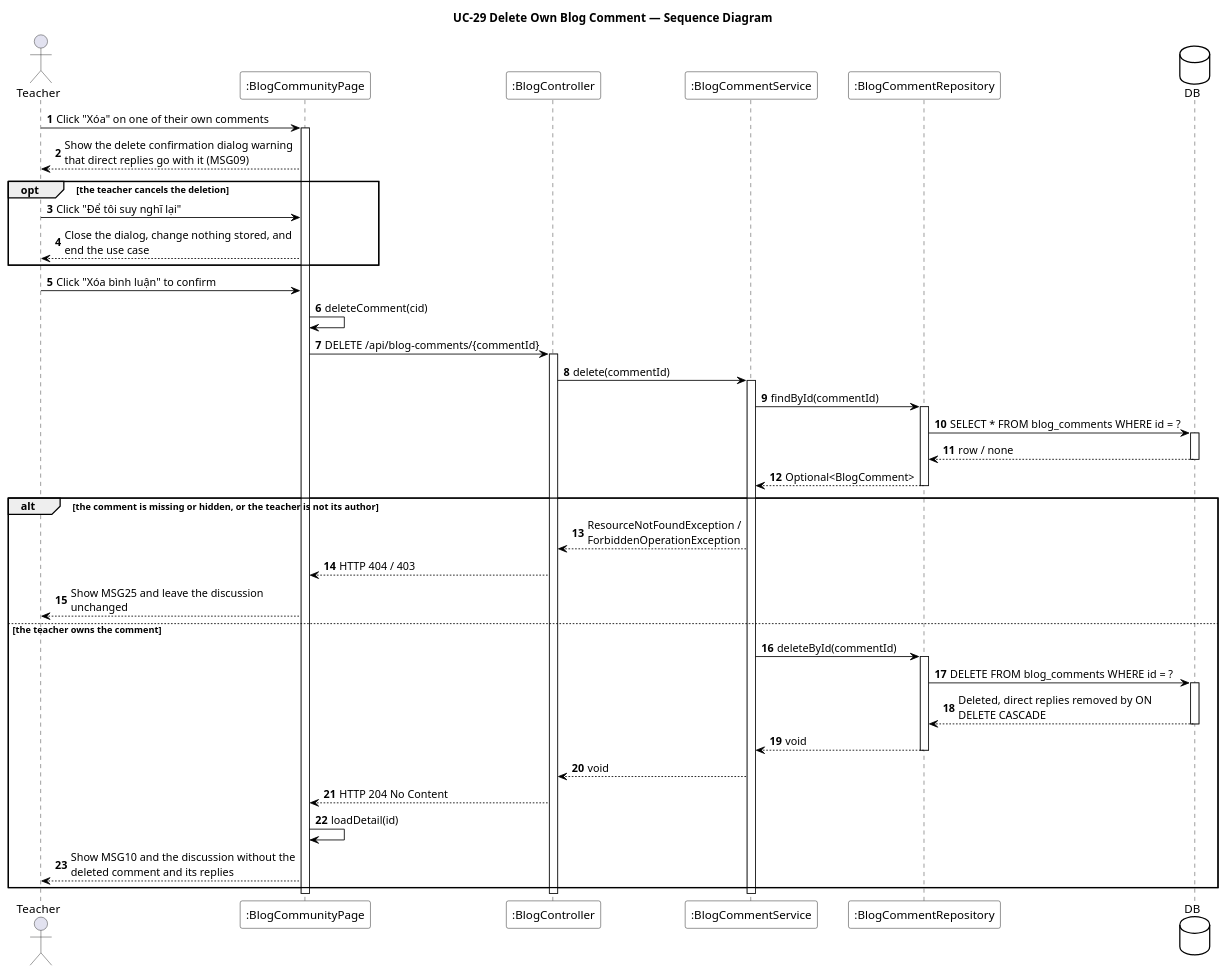
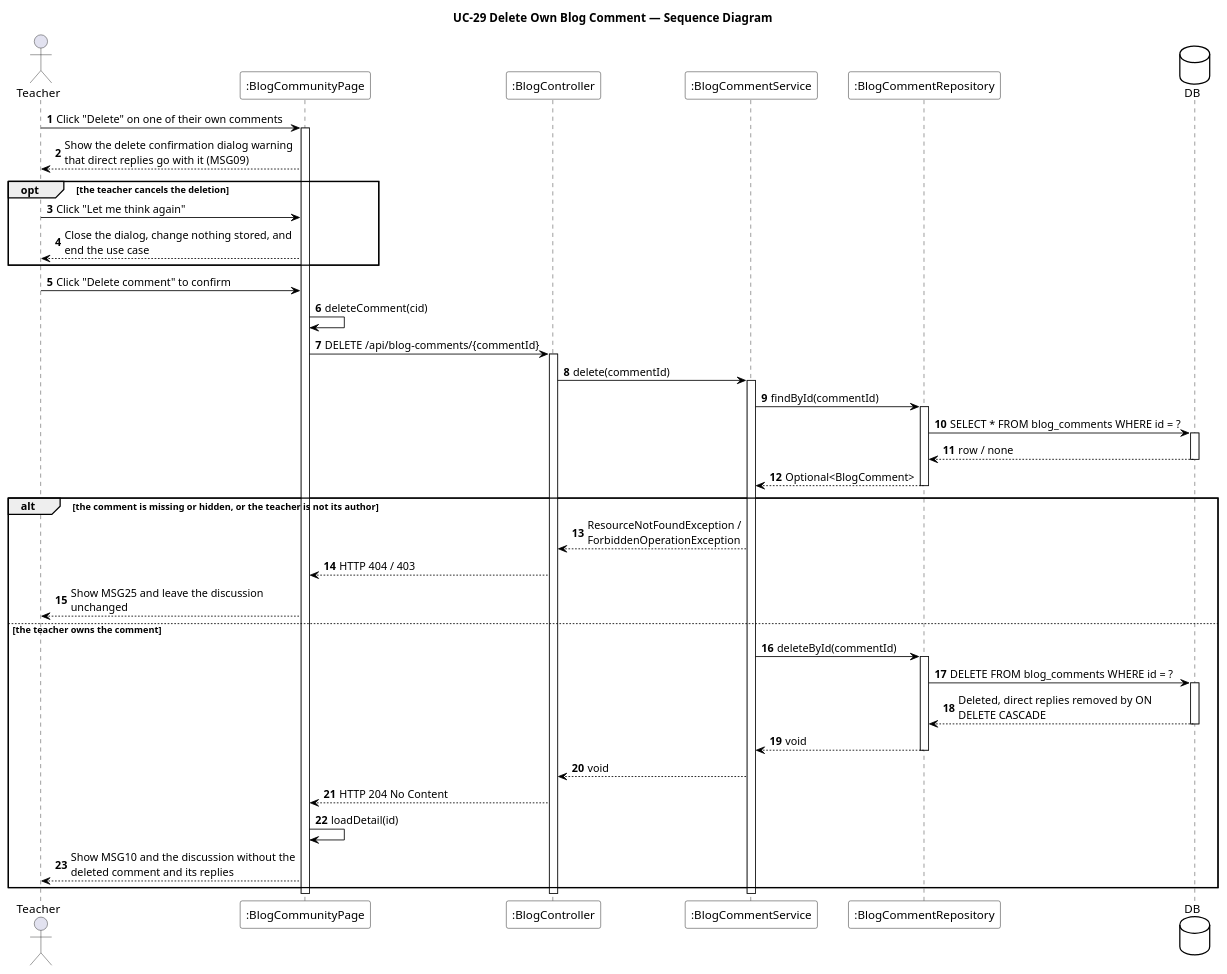
Before and after one commit to EduA-system/EduA-system: the diagram in designs/sds-diagrams/uc29/uc29_sequence.puml, drawn with PlantUML. The commit also changed 482 other files, not shown here.

Commit message:
hình class diagram mới

```diff
--- a/designs/sds-diagrams/uc29/uc29_sequence.puml
+++ b/designs/sds-diagrams/uc29/uc29_sequence.puml
@@ -1,69 +1,69 @@
 @startuml UC-29 Delete Own Blog Comment - Sequence Diagram
 skinparam defaultFontName "Segoe UI"
 skinparam shadowing false
 skinparam ParticipantBackgroundColor #FFFFFF
 skinparam ParticipantBorderColor #000000
 skinparam DatabaseBackgroundColor #FFFFFF
 skinparam DatabaseBorderColor #000000
 skinparam ArrowColor #000000
 skinparam sequenceMessageAlign left
 skinparam maxMessageSize 280
 title UC-29 Delete Own Blog Comment — Sequence Diagram
 
 actor Teacher
 participant ":BlogCommunityPage" as UI
 participant ":BlogController" as CTL
 participant ":BlogCommentService" as SVC
 participant ":BlogCommentRepository" as REPO
 database DB
 
 autonumber
-Teacher -> UI : Click "Xóa" on one of their own comments
+Teacher -> UI : Click "Delete" on one of their own comments
 activate UI
 UI --> Teacher : Show the delete confirmation dialog warning that direct replies go with it (MSG09)
 
 opt the teacher cancels the deletion
-  Teacher -> UI : Click "Để tôi suy nghĩ lại"
+  Teacher -> UI : Click "Let me think again"
   UI --> Teacher : Close the dialog, change nothing stored, and end the use case
 end
 
-Teacher -> UI : Click "Xóa bình luận" to confirm
+Teacher -> UI : Click "Delete comment" to confirm
 UI -> UI : deleteComment(cid)
 UI -> CTL : DELETE /api/blog-comments/{commentId}
 activate CTL
 CTL -> SVC : delete(commentId)
 activate SVC
 
 SVC -> REPO : findById(commentId)
 activate REPO
 REPO -> DB : SELECT * FROM blog_comments WHERE id = ?
 activate DB
 DB --> REPO : row / none
 deactivate DB
 REPO --> SVC : Optional<BlogComment>
 deactivate REPO
 
 alt the comment is missing or hidden, or the teacher is not its author
   SVC --> CTL : ResourceNotFoundException / ForbiddenOperationException
   CTL --> UI : HTTP 404 / 403
   UI --> Teacher : Show MSG25 and leave the discussion unchanged
 
 else the teacher owns the comment
   SVC -> REPO : deleteById(commentId)
   activate REPO
   REPO -> DB : DELETE FROM blog_comments WHERE id = ?
   activate DB
   DB --> REPO : Deleted, direct replies removed by ON DELETE CASCADE
   deactivate DB
   REPO --> SVC : void
   deactivate REPO
   SVC --> CTL : void
   CTL --> UI : HTTP 204 No Content
   UI -> UI : loadDetail(id)
   UI --> Teacher : Show MSG10 and the discussion without the deleted comment and its replies
 end
 
 deactivate SVC
 deactivate CTL
 deactivate UI
 @enduml
```
